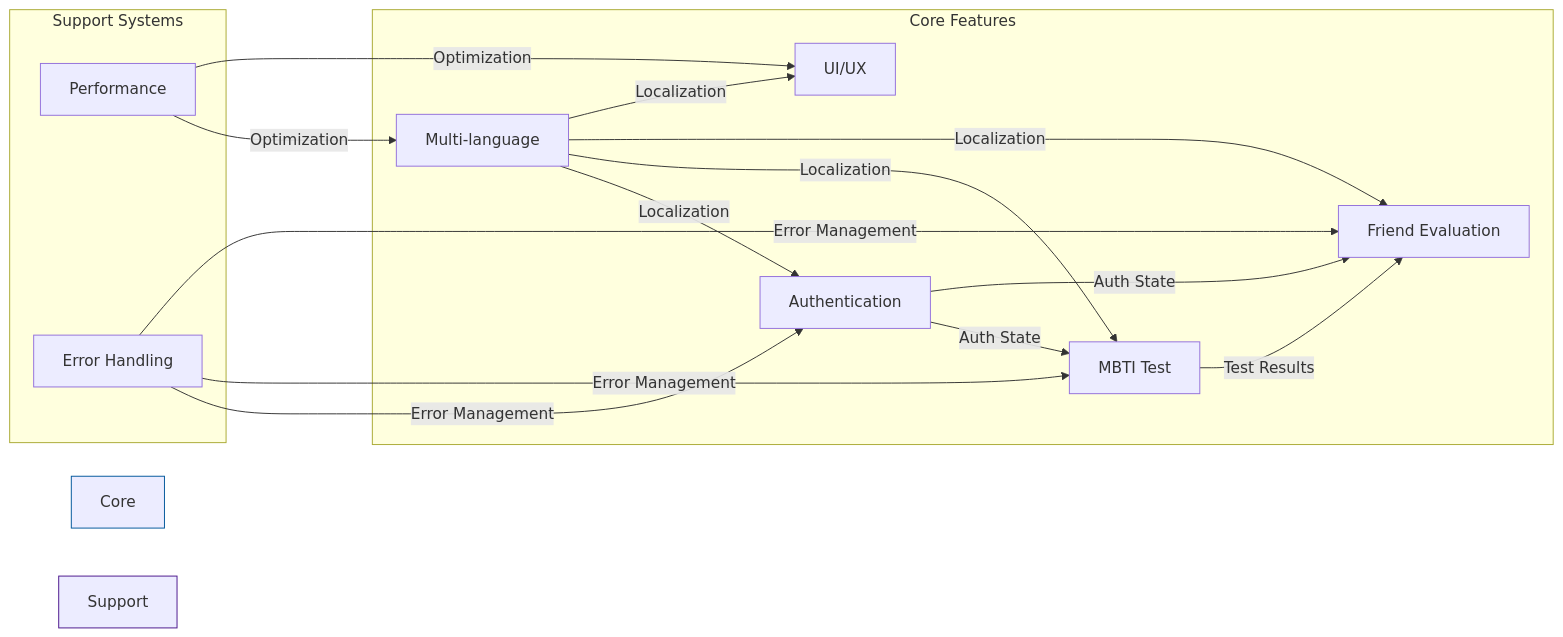
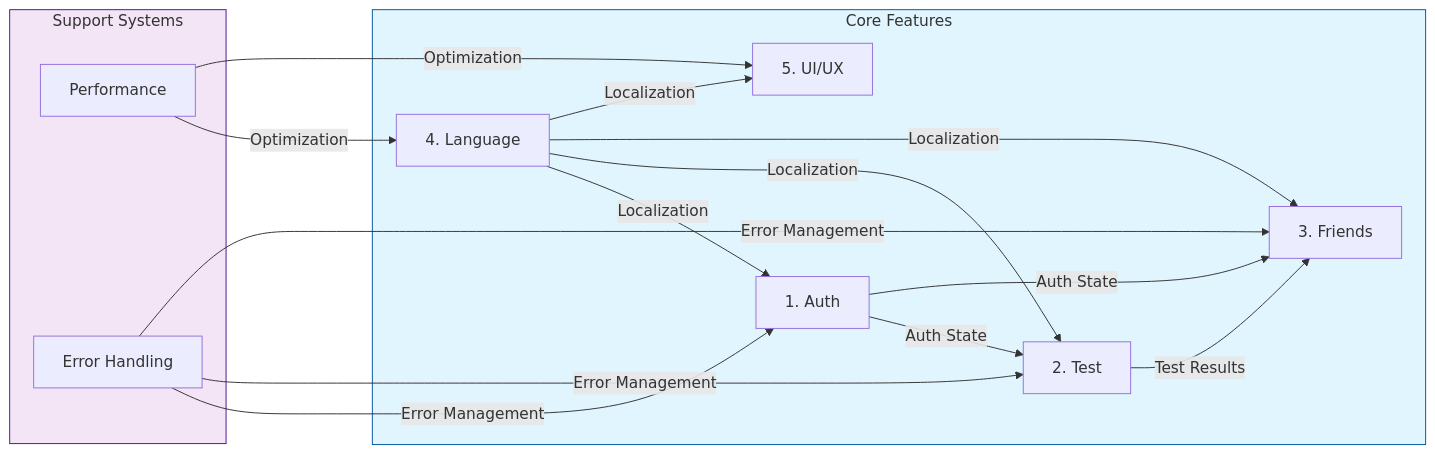
One commit to nextchaindev/yourmbti changed the second of 3 diagrams in docs/features.md. Above: the diagram before and after it, drawn with Mermaid. The commit also changed other lines of this file and 11 other files, not shown here.

````diff
--- a/docs/features.md
+++ b/docs/features.md
@@ -45,32 +49,24 @@
 ```mermaid
 flowchart LR
-    subgraph Core Features
-        A[Authentication]
-        T[MBTI Test]
-        F[Friend Evaluation]
-        M[Multi-language]
-        U[UI/UX]
+    subgraph Core [Core Features]
+        A[1. Auth]
+        T[2. Test]
+        F[3. Friends]
+        M[4. Language]
+        U[5. UI/UX]
     end
     
-    subgraph Support Systems
+    subgraph Support [Support Systems]
         P[Performance]
         E[Error Handling]
     end
     
     A -->|Auth State| T & F
     T -->|Test Results| F
     M -->|Localization| A & T & F & U
     P -->|Optimization| M & U
     E -->|Error Management| A & T & F
     
-    click A "#1-authentication" "View Authentication details"
-    click T "#2-mbti-test" "View MBTI Test details"
-    click F "#3-friend-evaluation" "View Friend Evaluation details"
-    click M "#4-multi-language-support" "View Multi-language Support details"
-    click U "#5-user-interface" "View UI/UX details"
-    click P "#performance-optimization" "View Performance details"
-    click E "#error-handling" "View Error Handling details"
-    
-    style Core Features fill:#e1f5fe,stroke:#01579b
-    style Support Systems fill:#f3e5f5,stroke:#4a148c
+    style Core fill:#e1f5fe,stroke:#01579b
+    style Support fill:#f3e5f5,stroke:#4a148c
 ```
````
